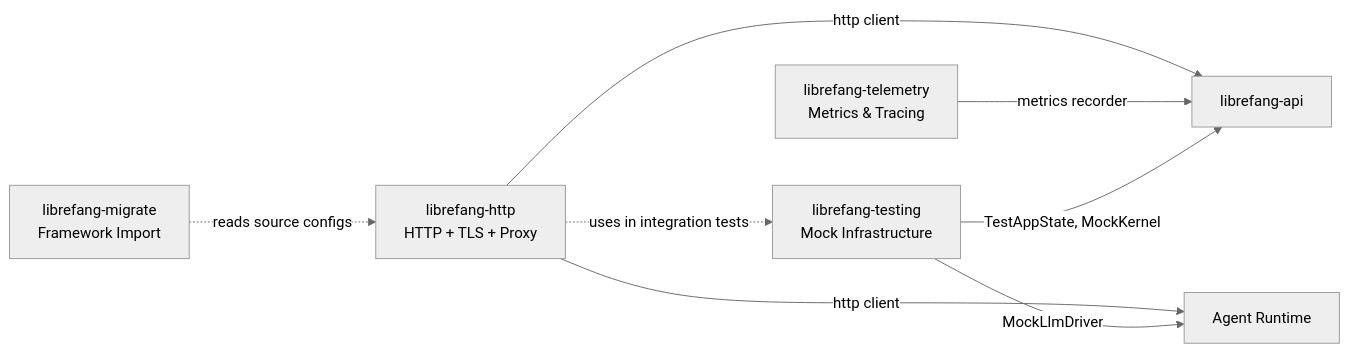
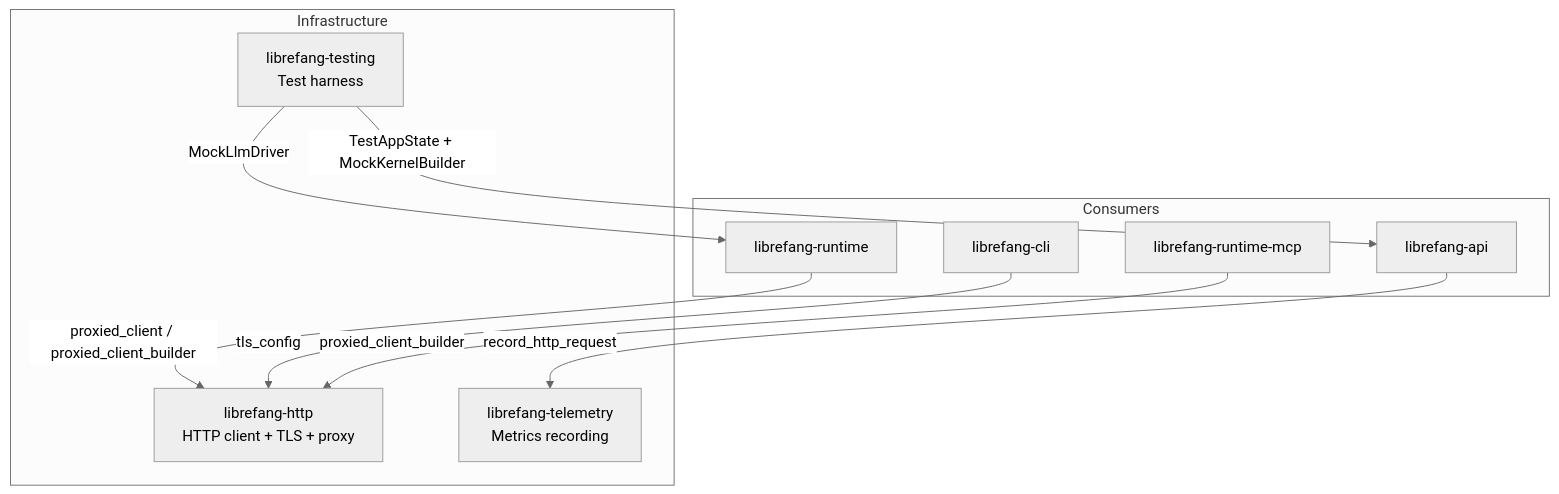
One commit to leszek3737/librefang-WIki changed the diagram in infrastructure-utilities.md. Above: the diagram before and after it, drawn with Mermaid (neutral theme). The commit also changed other lines of this file and 99 other files, not shown here.

````diff
--- a/infrastructure-utilities.md
+++ b/infrastructure-utilities.md
@@ -9,17 +7,22 @@
 ```mermaid
-flowchart LR
-    HTTP["librefang-http<br/>HTTP + TLS + Proxy"]
-    TELEMETRY["librefang-telemetry<br/>Metrics & Tracing"]
-    MIGRATE["librefang-migrate<br/>Framework Import"]
-    TESTING["librefang-testing<br/>Mock Infrastructure"]
-    API["librefang-api"]
-    RUNTIME["Agent Runtime"]
+graph TD
+    subgraph Consumers
+        RT[librefang-runtime]
+        API[librefang-api]
+        CLI[librefang-cli]
+        RTM[librefang-runtime-mcp]
+    end
 
-    HTTP -->|"http client"| API
-    HTTP -->|"http client"| RUNTIME
-    TELEMETRY -->|"metrics recorder"| API
-    TESTING -->|"TestAppState, MockKernel"| API
-    TESTING -->|"MockLlmDriver"| RUNTIME
-    HTTP -.->|"uses in integration tests"| TESTING
-    MIGRATE -.->|"reads source configs"| HTTP
+    subgraph Infrastructure
+        HTTP[librefang-http<br/>HTTP client + TLS + proxy]
+        TEL[librefang-telemetry<br/>Metrics recording]
+        TEST[librefang-testing<br/>Test harness]
+    end
+
+    RT -->|proxied_client / proxied_client_builder| HTTP
+    API -->|record_http_request| TEL
+    CLI -->|tls_config| HTTP
+    RTM -->|proxied_client_builder| HTTP
+    TEST -->|TestAppState + MockKernelBuilder| API
+    TEST -->|MockLlmDriver| RT
 ```
````
